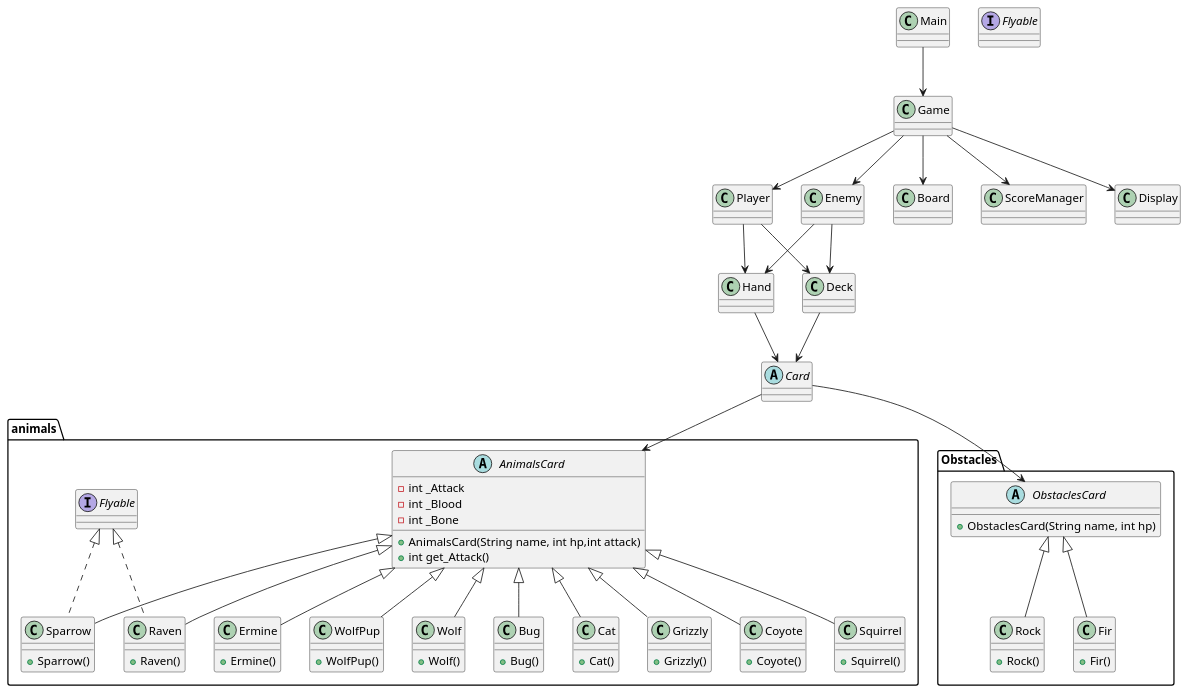
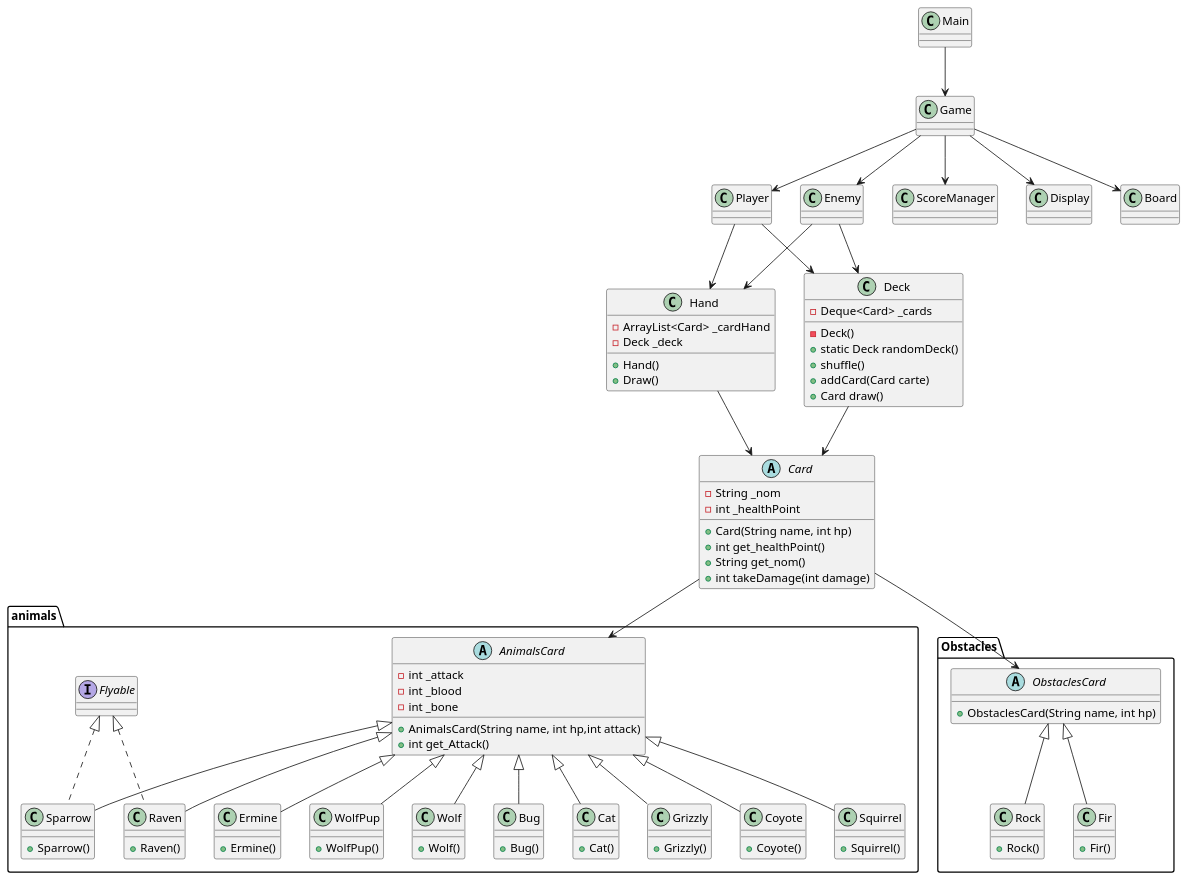
The diagram in uml/semaine3.puml (vesperxl/Projet-Inscryption), drawn with PlantUML before and after one commit.

Commit message:
Remplissage uml et modification uml

```diff
--- a/uml/semaine3.puml
+++ b/uml/semaine3.puml
@@ -1,133 +1,148 @@
 @startuml
 Abstract class Card
 {
+    - String _nom
+    - int _healthPoint
 
+    + Card(String name, int hp)
+    + int get_healthPoint()
+    + String get_nom()
+    + int takeDamage(int damage)
 }
 
 class Player{
 }
 
 class Deck{
+    - Deque<Card> _cards
+
+    - Deck()
+    + static Deck randomDeck()
+    + shuffle()
+    + addCard(Card carte)
+    + Card draw()
 }
 
 class Hand{
+ - ArrayList<Card> _cardHand
+ - Deck _deck
+
+ + Hand()
+ + Draw()
 }
 
 class Game{
-}
-
-class Board{
 }
 
 class ScoreManager{
 }
 
 class Enemy{
 }
 
 class Display{
 }
 
 class Main{
 }
 
 package animals{
 abstract class AnimalsCard
 {
-    - int _Attack
-    - int _Blood
-    - int _Bone
+    - int _attack
+    - int _blood
+    - int _bone
 
     + AnimalsCard(String name, int hp,int attack)
     + int get_Attack()
 }
 
 class Cat extends AnimalsCard
 {
     + Cat()
 }
 
 class Grizzly extends AnimalsCard
 {
     + Grizzly()
 }
 
 class Coyote extends AnimalsCard
 {
     + Coyote()
 }
 
 class Sparrow extends AnimalsCard implements Flyable
 {
     + Sparrow()
 }
 
 class Raven extends AnimalsCard implements Flyable
 {
     + Raven()
 }
 
 class Squirrel extends AnimalsCard
 {
      + Squirrel()
 }
 
 class Ermine extends AnimalsCard
 {
     + Ermine()
 }
 
 class WolfPup extends AnimalsCard
 {
     + WolfPup()
 }
 
 class Wolf extends AnimalsCard
 {
      + Wolf()
 }
 
 class Bug extends AnimalsCard
 {
     + Bug()
 }
 
+interface Flyable{
 }
 
-interface Flyable{
 }
 
 package Obstacles
 {
 abstract class ObstaclesCard
 {
     + ObstaclesCard(String name, int hp)
 }
 
 class Rock extends ObstaclesCard
 {
     + Rock()
 }
 
 class Fir extends ObstaclesCard
 {
     + Fir()
 }
 
 }
 
 AnimalsCard <-up- Card
 ObstaclesCard <-up- Card
 Hand <-up- Player
 Deck <-up- Player
 Card <-up- Deck
 Card <-up- Hand
 Game -down-> Player
 Game -down-> Board
 Game -down-> ScoreManager
 Game -down-> Enemy
 Game -down-> Display
 Hand <-up- Enemy
 Deck <-up- Enemy
 Main -down-> Game
 @enduml
```
